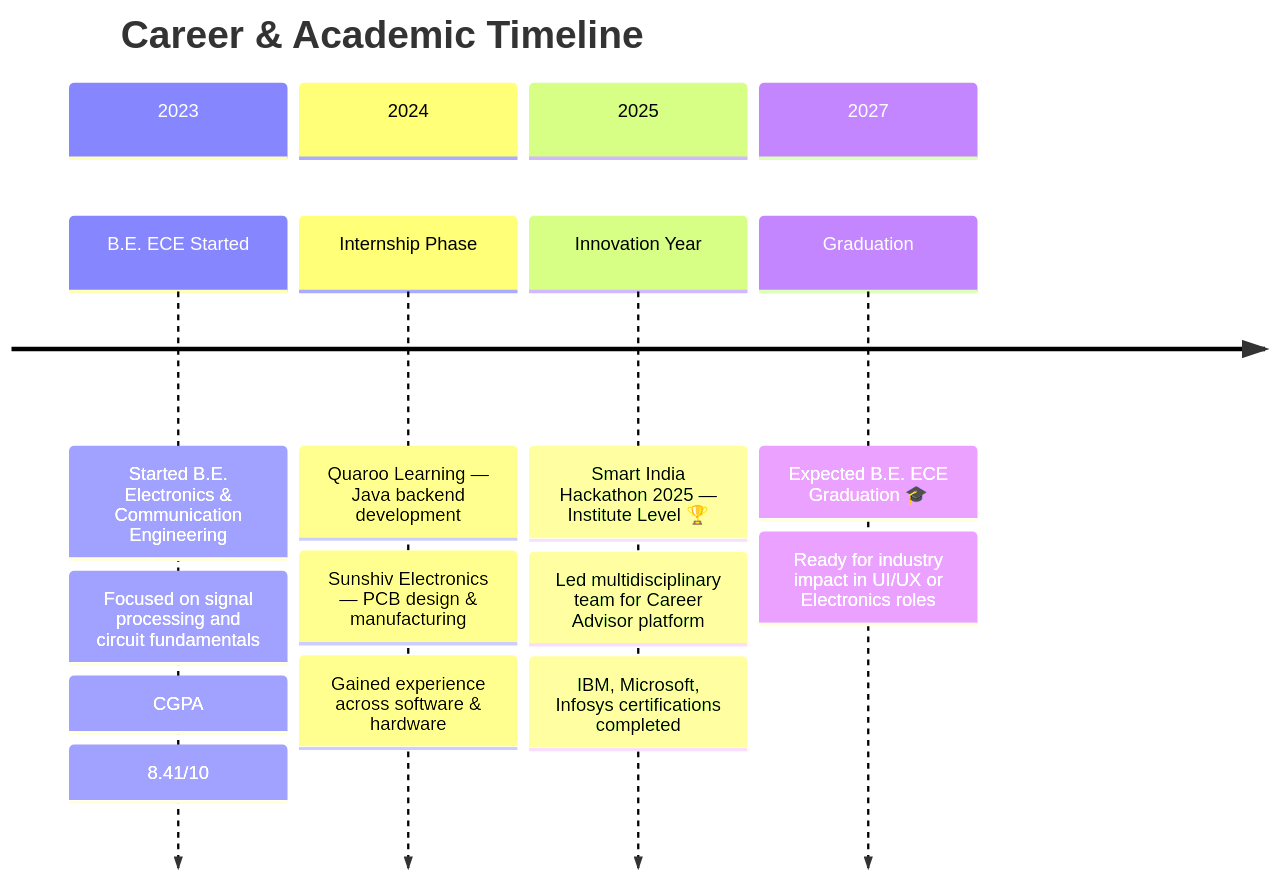
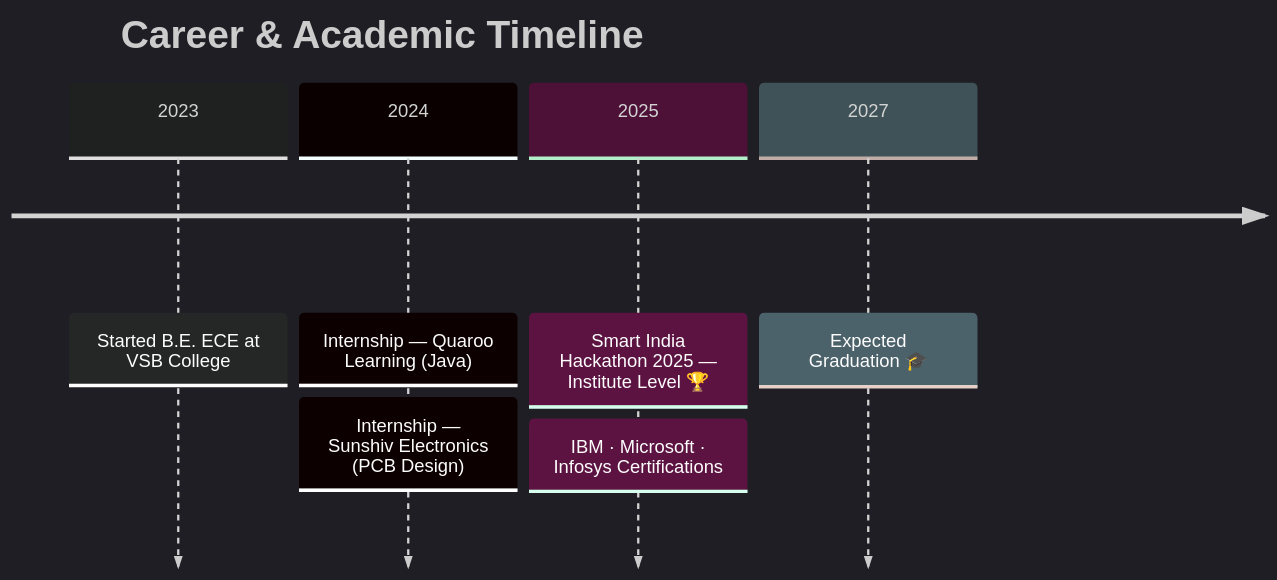
Before and after one commit to Subakeerthana-K/Subakeerthana-K: the third of 3 diagrams in README.md, drawn with Mermaid. The commit also changed other lines of this file, not shown here.

````diff
--- a/README.md
+++ b/README.md
@@ -131,19 +58,11 @@
 ```mermaid
+%%{init: {"theme": "dark"}}%%
 timeline
     title Career & Academic Timeline
-    section 2023
-        B.E. ECE Started : Started B.E. Electronics & Communication Engineering
-                        : Focused on signal processing and circuit fundamentals
-                        : CGPA: 8.41/10
-    section 2024
-        Internship Phase : Quaroo Learning — Java backend development
-                        : Sunshiv Electronics — PCB design & manufacturing
-                        : Gained experience across software & hardware
-    section 2025
-        Innovation Year : Smart India Hackathon 2025 — Institute Level 🏆
-                       : Led multidisciplinary team for Career Advisor platform
-                       : IBM, Microsoft, Infosys certifications completed
-    section 2027
-        Graduation : Expected B.E. ECE Graduation 🎓
-                  : Ready for industry impact in UI/UX or Electronics roles
+    2023 : Started B.E. ECE at VSB College
+    2024 : Internship — Quaroo Learning (Java)
+         : Internship — Sunshiv Electronics (PCB Design)
+    2025 : Smart India Hackathon 2025 — Institute Level 🏆
+         : IBM · Microsoft · Infosys Certifications
+    2027 : Expected Graduation 🎓
 ```
````
